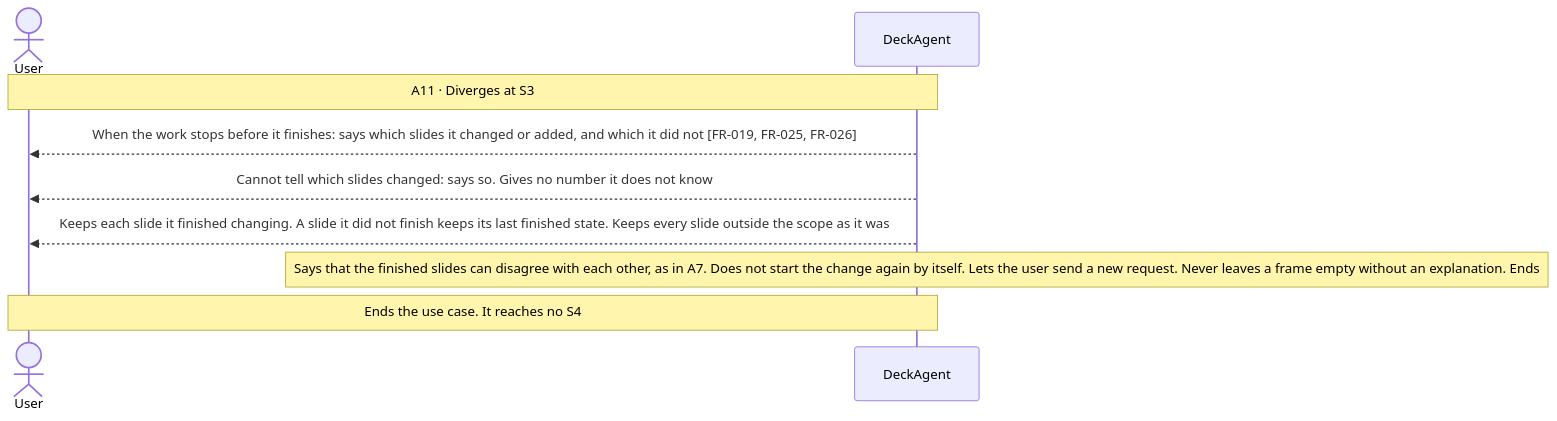
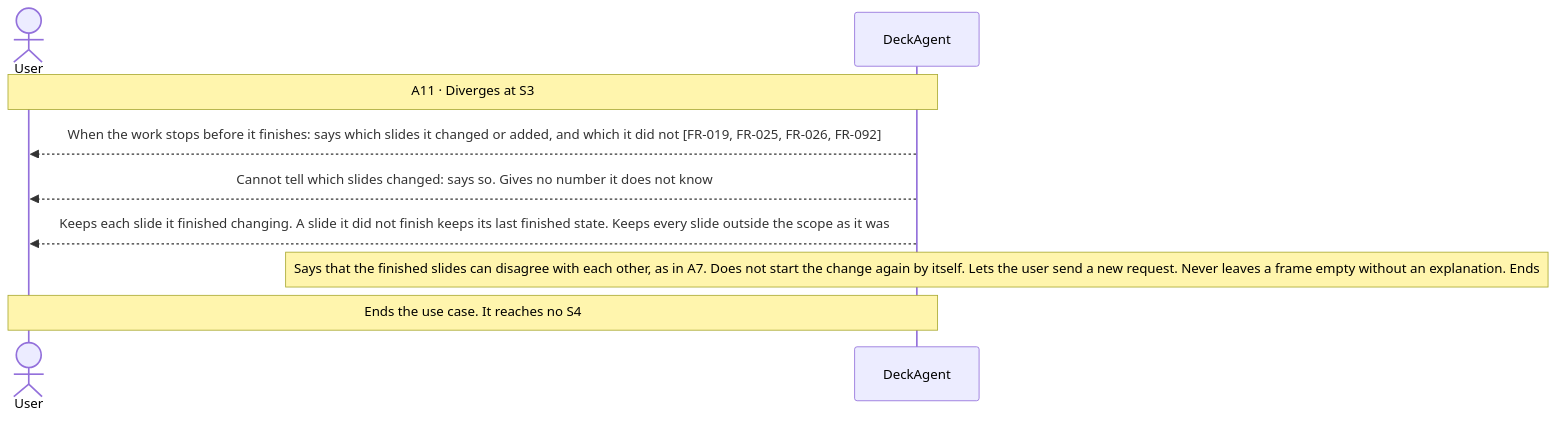
Diagram 12 of 13 in docs/spec/03-use-cases/UC-002.md (Luke23127006/DeckAgent), drawn with Mermaid before and after one commit. The commit also changed other lines of this file and 7 other files, not shown here.

````diff
--- a/docs/spec/03-use-cases/UC-002.md
+++ b/docs/spec/03-use-cases/UC-002.md
@@ -203,11 +203,11 @@
 ```mermaid
 sequenceDiagram
     actor User
     participant DeckAgent
     Note over User,DeckAgent: A11 · Diverges at S3
-    DeckAgent-->>User: When the work stops before it finishes: says which slides it changed or added, and which it did not [FR-019, FR-025, FR-026]
+    DeckAgent-->>User: When the work stops before it finishes: says which slides it changed or added, and which it did not [FR-019, FR-025, FR-026, FR-092]
     DeckAgent-->>User: Cannot tell which slides changed: says so. Gives no number it does not know
     DeckAgent-->>User: Keeps each slide it finished changing. A slide it did not finish keeps its last finished state. Keeps every slide outside the scope as it was
     note over DeckAgent: Says that the finished slides can disagree with each other, as in A7. Does not start the change again by itself. Lets the user send a new request. Never leaves a frame empty without an explanation. Ends
     Note over User,DeckAgent: Ends the use case. It reaches no S4
 ```
````
